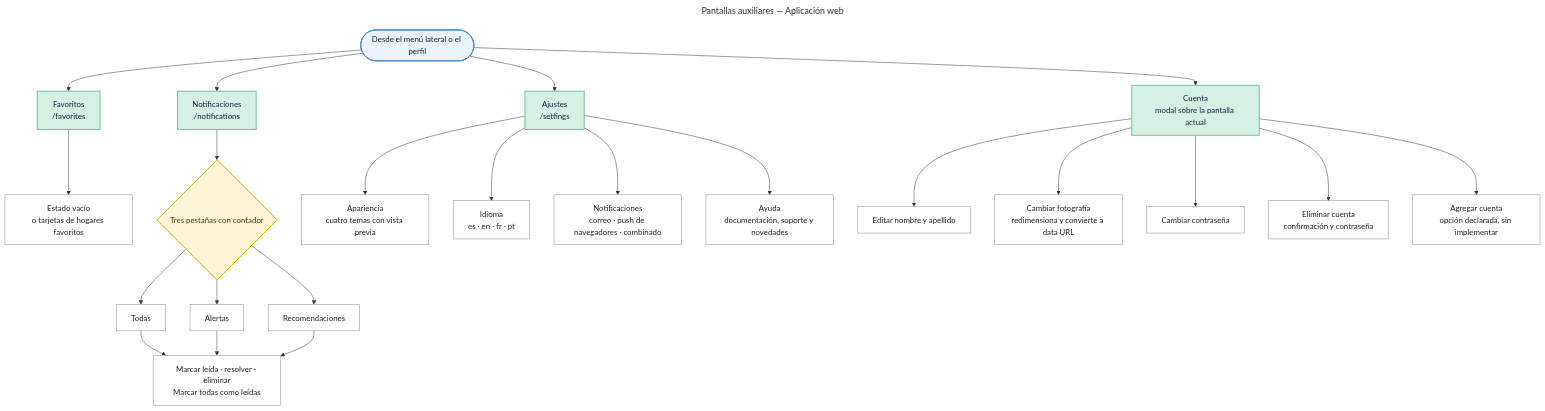
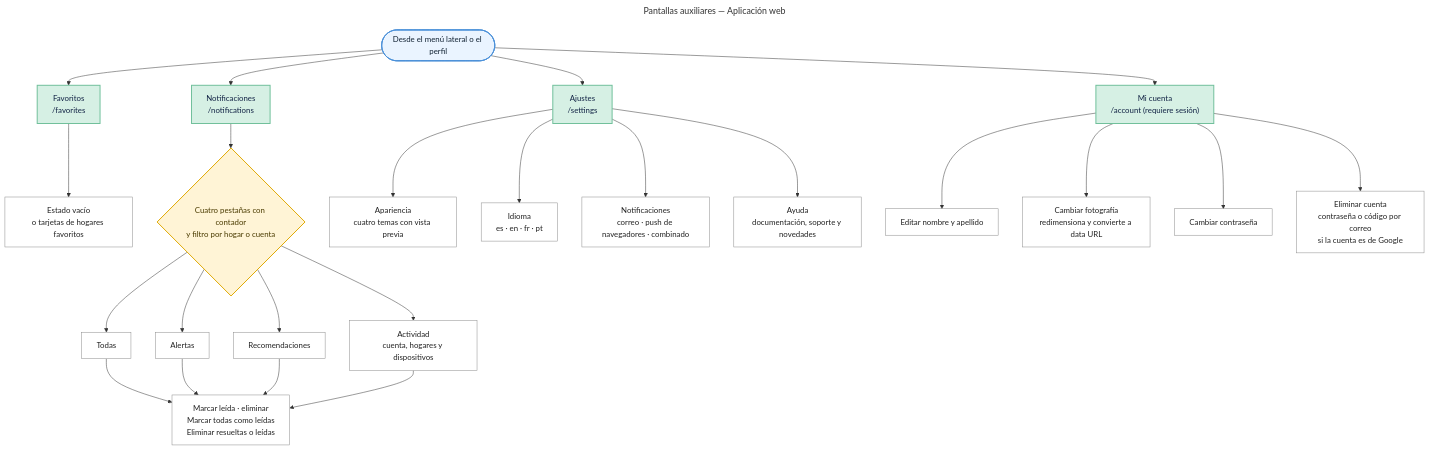
The third of 4 diagrams in 03-analisis-software/ES/navegacion/mapa-navegacion-web.md (Juan-Cortes2045/energy-monitor-docs-final), drawn with Mermaid before and after one commit. The commit also changed other lines of this file and 7 other files, not shown here.

````diff
--- a/03-analisis-software/ES/navegacion/mapa-navegacion-web.md
+++ b/03-analisis-software/ES/navegacion/mapa-navegacion-web.md
@@ -193,65 +199,66 @@
 ```mermaid
 ---
 title: Pantallas auxiliares — Aplicación web
 ---
 flowchart TD
 
   MENU([ Desde el menú lateral o el perfil ])
 
   FAVS["Favoritos<br/>/favorites"]
   FAVEMPTY["Estado vacío<br/>o tarjetas de hogares favoritos"]
   FAVS --> FAVEMPTY
 
   NOTIF["Notificaciones<br/>/notifications"]
-  NTABS{"Tres pestañas con contador"}
+  NTABS{"Cuatro pestañas con contador<br/>y filtro por hogar o cuenta"}
   NALL["Todas"]
   NAL["Alertas"]
   NREC["Recomendaciones"]
-  NACT["Marcar leída · resolver · eliminar<br/>Marcar todas como leídas"]
+  NACTV["Actividad<br/>cuenta, hogares y dispositivos"]
+  NACT["Marcar leída · eliminar<br/>Marcar todas como leídas<br/>Eliminar resueltas o leídas"]
   NOTIF --> NTABS
   NTABS --> NALL
   NTABS --> NAL
   NTABS --> NREC
+  NTABS --> NACTV
   NALL --> NACT
   NAL --> NACT
   NREC --> NACT
+  NACTV --> NACT
 
   SETTINGS["Ajustes<br/>/settings"]
   SETTEMA["Apariencia<br/>cuatro temas con vista previa"]
   SETIDIOMA["Idioma<br/>es · en · fr · pt"]
   SETAVISO["Notificaciones<br/>correo · push de navegadores · combinado"]
   SETAYUDA["Ayuda<br/>documentación, soporte y novedades"]
   SETTINGS --> SETTEMA
   SETTINGS --> SETIDIOMA
   SETTINGS --> SETAVISO
   SETTINGS --> SETAYUDA
 
-  ACCOUNT["Cuenta<br/>modal sobre la pantalla actual"]
+  ACCOUNT["Mi cuenta<br/>/account (requiere sesión)"]
   ACCED["Editar nombre y apellido"]
   ACCFOTO["Cambiar fotografía<br/>redimensiona y convierte a data URL"]
   ACCPASS["Cambiar contraseña"]
-  ACCDEL["Eliminar cuenta<br/>confirmación y contraseña"]
-  ACCADDCUENTA["Agregar cuenta<br/>opción declarada, sin implementar"]
+  ACCDEL["Eliminar cuenta<br/>contraseña o código por correo<br/>si la cuenta es de Google"]
   ACCOUNT --> ACCED
   ACCOUNT --> ACCFOTO
   ACCOUNT --> ACCPASS
   ACCOUNT --> ACCDEL
-  ACCOUNT --> ACCADDCUENTA
 
   MENU --> FAVS
   MENU --> NOTIF
   MENU --> SETTINGS
   MENU --> ACCOUNT
 
   FAVS:::module
   NOTIF:::module
   SETTINGS:::module
   ACCOUNT:::module
   classDef module fill:#d6f0e4,stroke:#6fbf9a,stroke-width:2px,color:#124;
   class MENU start
   classDef start fill:#eaf4ff,stroke:#4a90d9,stroke-width:2px,color:#123;
   class NTABS guard
   classDef guard fill:#fff4d6,stroke:#e0a800,stroke-width:2px,color:#4a3b00;
-  class FAVEMPTY,NALL,NAL,NREC,NACT,SETTEMA,SETIDIOMA,SETAVISO,SETAYUDA,ACCED,ACCFOTO,ACCPASS,ACCDEL,ACCADDCUENTA screen
+  class FAVEMPTY,NALL,NAL,NREC,NACTV,NACT,SETTEMA,SETIDIOMA,SETAVISO,SETAYUDA,ACCED,ACCFOTO,ACCPASS,ACCDEL screen
   classDef screen fill:#ffffff,stroke:#8a8a8a,color:#222;
 ```
````
